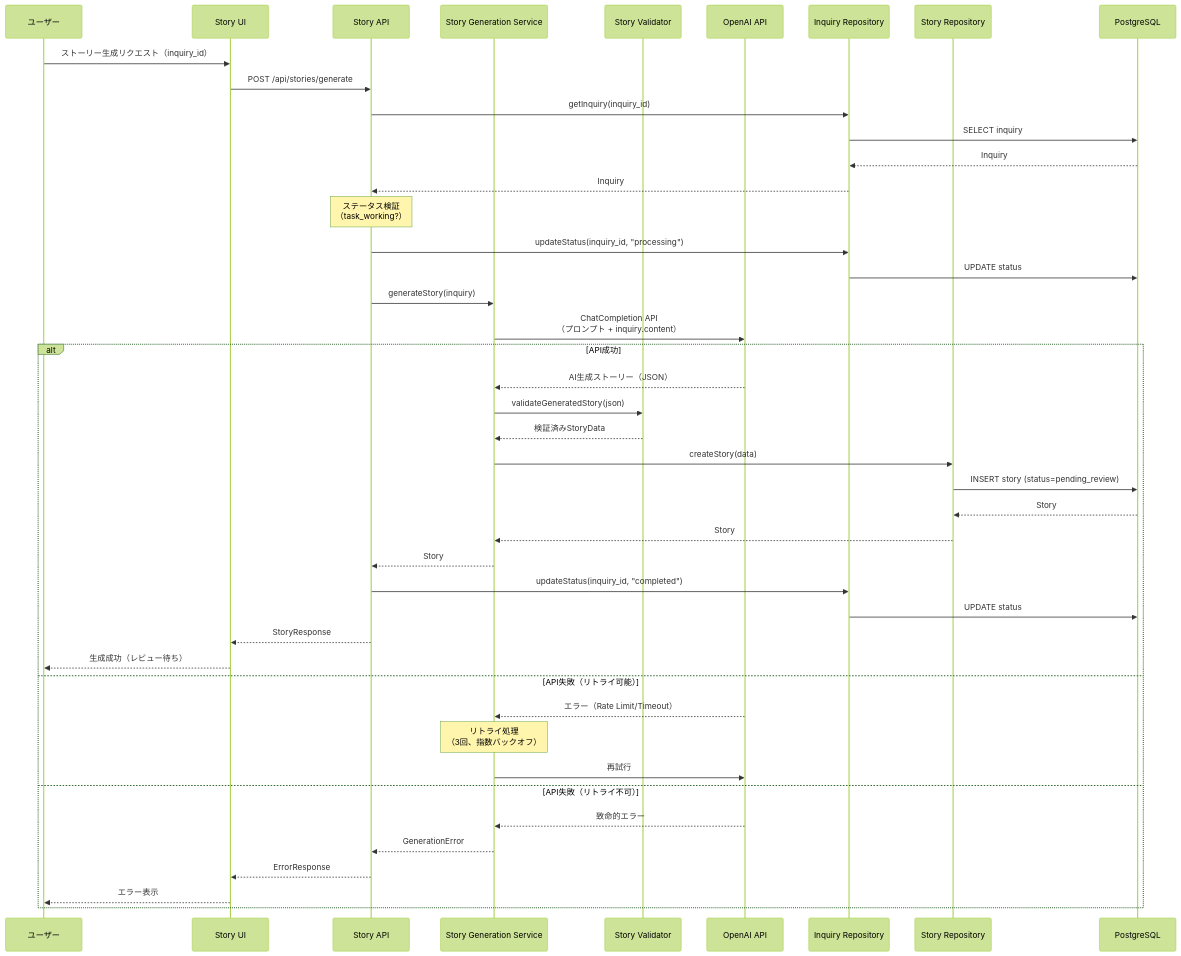
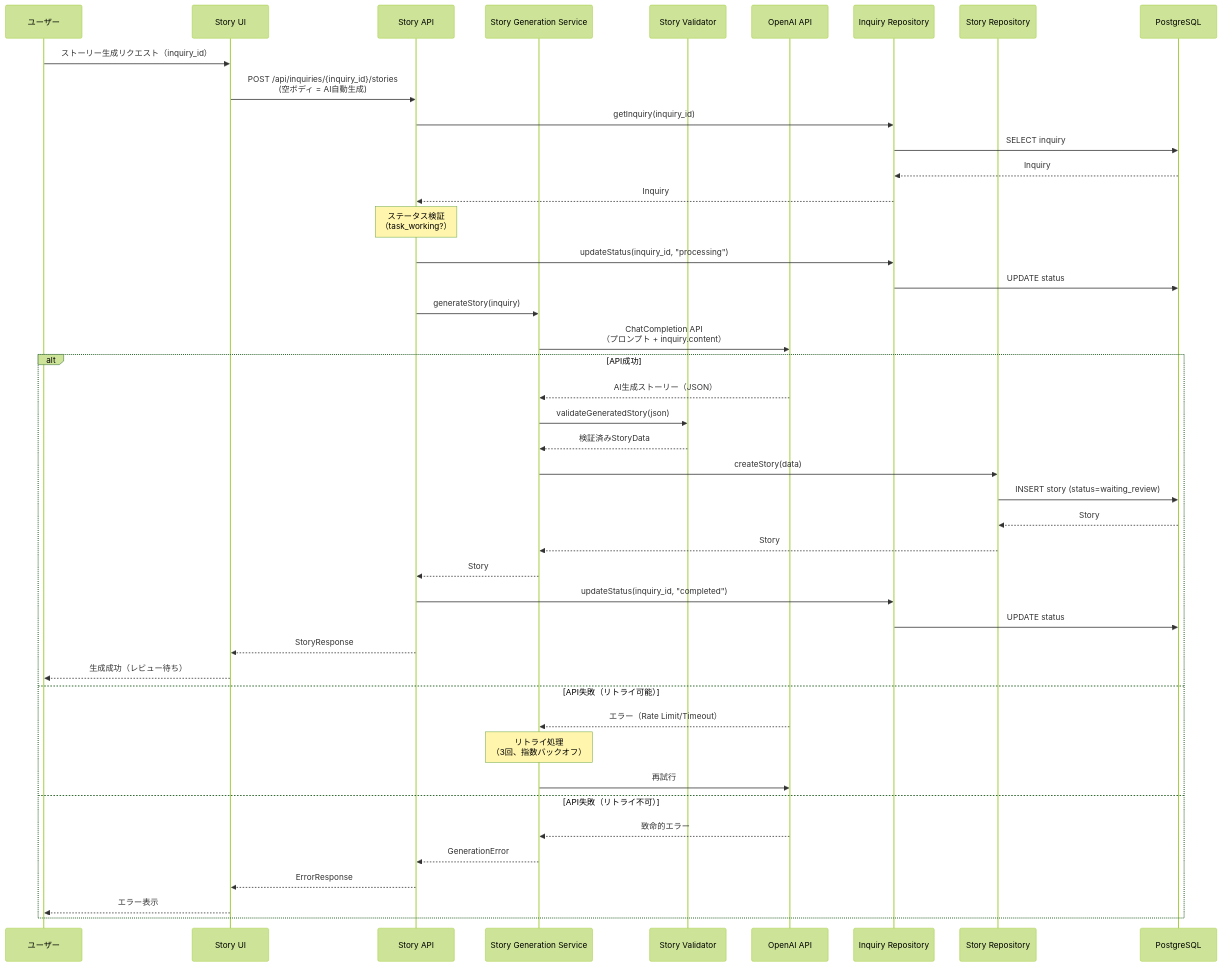
Before and after one commit to ohr486/ghost-squad: the second of 4 diagrams in .kiro/specs/story/design.md, drawn with Mermaid (forest theme). The commit also changed other lines of this file and 2 other files, not shown here.

````diff
--- a/.kiro/specs/story/design.md
+++ b/.kiro/specs/story/design.md
@@ -137,55 +137,55 @@
 ```mermaid
 sequenceDiagram
     participant User as ユーザー
     participant UI as Story UI
     participant API as Story API
     participant GenService as Story Generation Service
     participant Validator as Story Validator
     participant OpenAI as OpenAI API
     participant InquiryRepo as Inquiry Repository
     participant StoryRepo as Story Repository
     participant DB as PostgreSQL
 
     User->>UI: ストーリー生成リクエスト（inquiry_id）
-    UI->>API: POST /api/stories/generate
+    UI->>API: POST /api/inquiries/{inquiry_id}/stories<br/>(空ボディ = AI自動生成)
 
     API->>InquiryRepo: getInquiry(inquiry_id)
     InquiryRepo->>DB: SELECT inquiry
     DB-->>InquiryRepo: Inquiry
     InquiryRepo-->>API: Inquiry
 
     Note over API: ステータス検証<br/>（task_working?）
 
     API->>InquiryRepo: updateStatus(inquiry_id, "processing")
     InquiryRepo->>DB: UPDATE status
 
     API->>GenService: generateStory(inquiry)
     GenService->>OpenAI: ChatCompletion API<br/>（プロンプト + inquiry.content）
 
     alt API成功
         OpenAI-->>GenService: AI生成ストーリー（JSON）
         GenService->>Validator: validateGeneratedStory(json)
         Validator-->>GenService: 検証済みStoryData
 
         GenService->>StoryRepo: createStory(data)
-        StoryRepo->>DB: INSERT story (status=pending_review)
+        StoryRepo->>DB: INSERT story (status=waiting_review)
         DB-->>StoryRepo: Story
         StoryRepo-->>GenService: Story
         GenService-->>API: Story
 
         API->>InquiryRepo: updateStatus(inquiry_id, "completed")
         InquiryRepo->>DB: UPDATE status
 
         API-->>UI: StoryResponse
         UI-->>User: 生成成功（レビュー待ち）
     else API失敗（リトライ可能）
         OpenAI-->>GenService: エラー（Rate Limit/Timeout）
         Note over GenService: リトライ処理<br/>（3回、指数バックオフ）
         GenService->>OpenAI: 再試行
     else API失敗（リトライ不可）
         OpenAI-->>GenService: 致命的エラー
         GenService-->>API: GenerationError
         API-->>UI: ErrorResponse
         UI-->>User: エラー表示
     end
 ```
````
